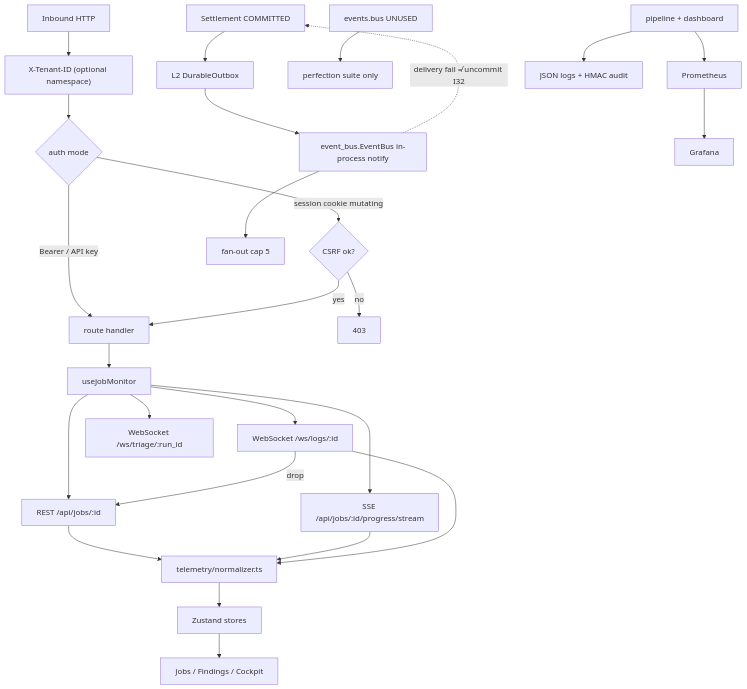
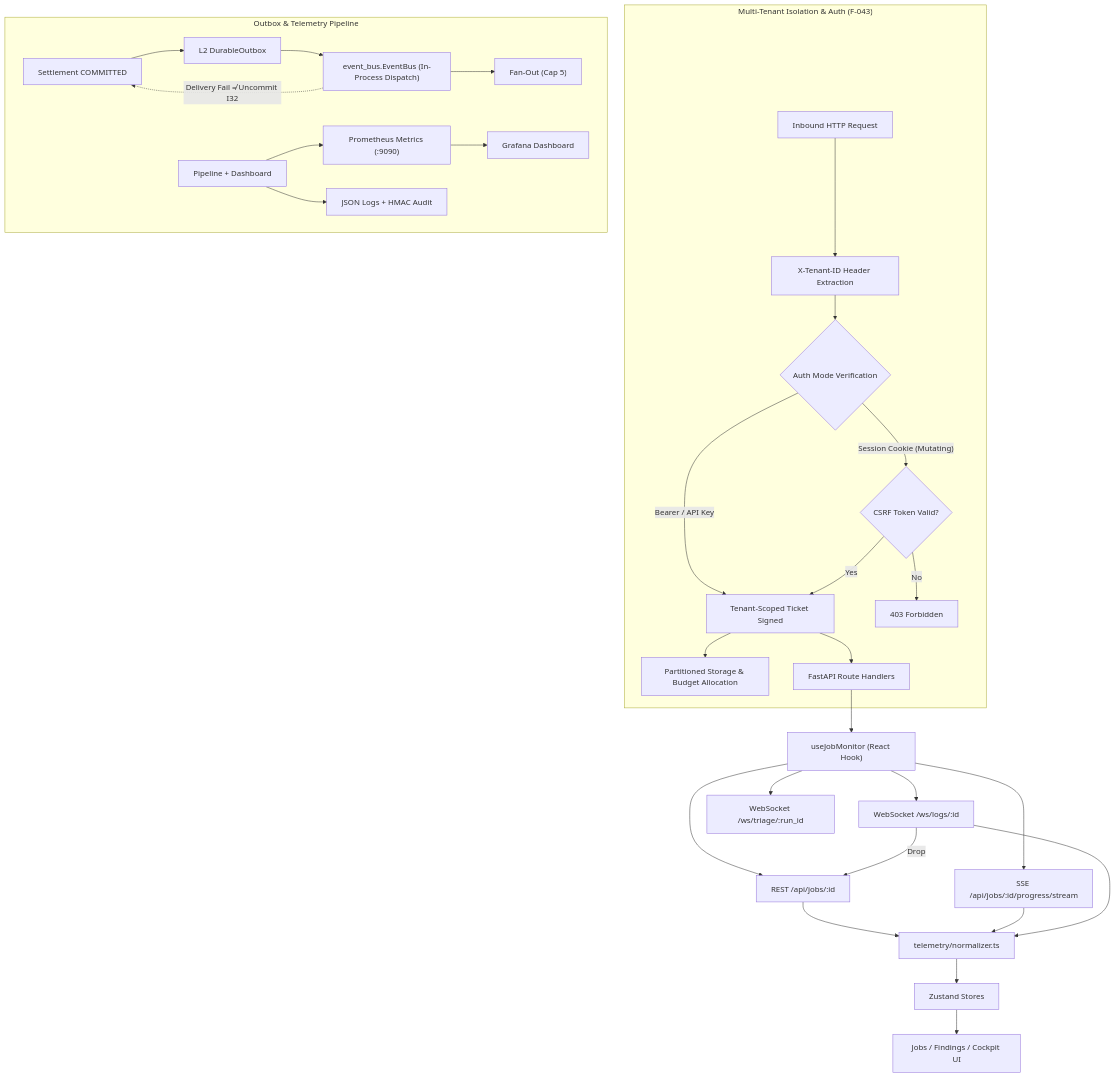
Before and after one commit to AviralGup7/Singularity-Zero: the tenth of 14 diagrams in docs/flowchart.md, drawn with Mermaid. The commit also changed other lines of this file, not shown here.

````diff
--- a/docs/flowchart.md
+++ b/docs/flowchart.md
@@ -503,28 +553,33 @@
 ```mermaid
 flowchart TD
-    HTTP["Inbound HTTP"] --> Tenant["X-Tenant-ID (optional namespace)"]
-    Tenant --> Auth{"auth mode"}
-    Auth -->|"Bearer / API key"| Dispatch["route handler"]
-    Auth -->|"session cookie mutating"| CSRF{"CSRF ok?"}
-    CSRF -->|no| R403["403"]
-    CSRF -->|yes| Dispatch
-    Dispatch --> Hook["useJobMonitor"]
-    Hook --> REST["REST /api/jobs/:id"]
-    Hook --> SSE["SSE /api/jobs/:id/progress/stream"]
-    Hook --> WS["WebSocket /ws/logs/:id"]
-    Hook --> Triage["WebSocket /ws/triage/:run_id"]
-    REST --> Norm["telemetry/normalizer.ts"]
-    SSE --> Norm
-    WS --> Norm
-    WS -->|drop| REST
-    Norm --> Stores["Zustand stores"]
-    Stores --> Pages["Jobs / Findings / Cockpit"]
-    Settle["Settlement COMMITTED"] --> Outbox["L2 DurableOutbox"]
-    Outbox --> LiveBus["event_bus.EventBus in-process notify"]
-    LiveBus --> Fan["fan-out cap 5"]
-    LiveBus -.->|"delivery fail ≠ uncommit I32"| Settle
-    Unused["events.bus UNUSED"] --> PerfSuite["perfection suite only"]
-    App["pipeline + dashboard"] --> Prom["Prometheus"]
-    App --> Logs["JSON logs + HMAC audit"]
-    Prom --> Graf["Grafana"]
+    subgraph MultiTenant["Multi-Tenant Isolation & Auth (F-043)"]
+        HTTP["Inbound HTTP Request"]:::impl --> Tenant["X-Tenant-ID Header Extraction"]:::impl
+        Tenant --> Auth{"Auth Mode Verification"}:::impl
+        Auth -->|"Bearer / API Key"| ScopeSigned["Tenant-Scoped Ticket Signed"]:::impl
+        Auth -->|"Session Cookie (Mutating)"| CSRF{"CSRF Token Valid?"}:::impl
+        CSRF -->|No| R403["403 Forbidden"]:::forbidden
+        CSRF -->|Yes| ScopeSigned
+        ScopeSigned --> TenantStorage["Partitioned Storage & Budget Allocation"]:::impl
+        ScopeSigned --> Dispatch["FastAPI Route Handlers"]:::impl
+    end
+
+    Dispatch --> Hook["useJobMonitor (React Hook)"]:::impl
+    Hook --> REST["REST /api/jobs/:id"]:::impl
+    Hook --> SSE["SSE /api/jobs/:id/progress/stream"]:::impl
+    Hook --> WS["WebSocket /ws/logs/:id"]:::impl
+    Hook --> Triage["WebSocket /ws/triage/:run_id"]:::impl
+    REST & SSE & WS --> Norm["telemetry/normalizer.ts"]:::impl
+    WS -->|Drop| REST
+    Norm --> Stores["Zustand Stores"]:::impl
+    Stores --> Pages["Jobs / Findings / Cockpit UI"]:::impl
+    
+    subgraph OutboxNotify["Outbox & Telemetry Pipeline"]
+        Settle["Settlement COMMITTED"]:::impl --> Outbox["L2 DurableOutbox"]:::impl
+        Outbox --> LiveBus["event_bus.EventBus (In-Process Dispatch)"]:::impl
+        LiveBus --> Fan["Fan-Out (Cap 5)"]:::impl
+        LiveBus -.->|"Delivery Fail ≠ Uncommit I32"| Settle
+        App["Pipeline + Dashboard"]:::impl --> Prom["Prometheus Metrics (:9090)"]:::impl
+        App --> Logs["JSON Logs + HMAC Audit"]:::impl
+        Prom --> Graf["Grafana Dashboard"]:::impl
+    end
 ```
````
